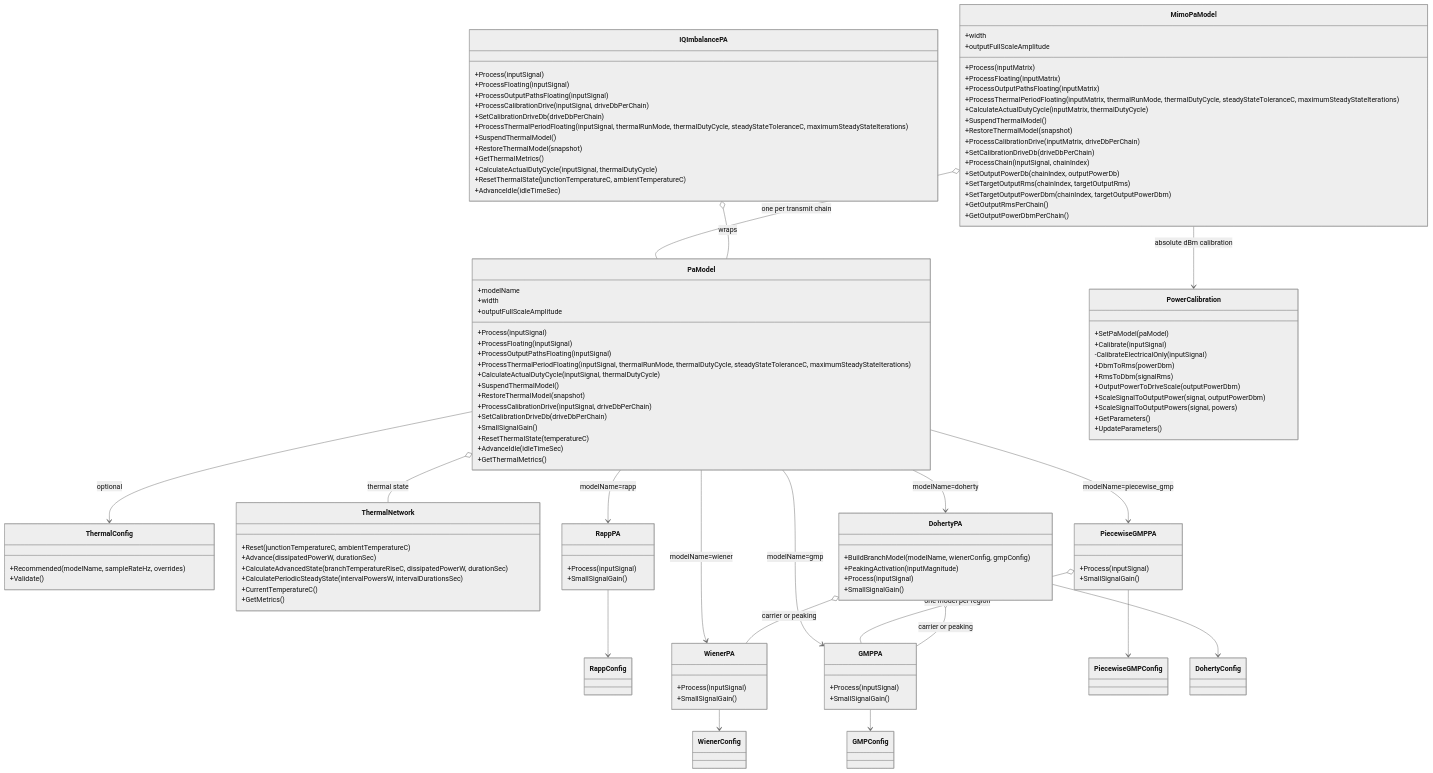
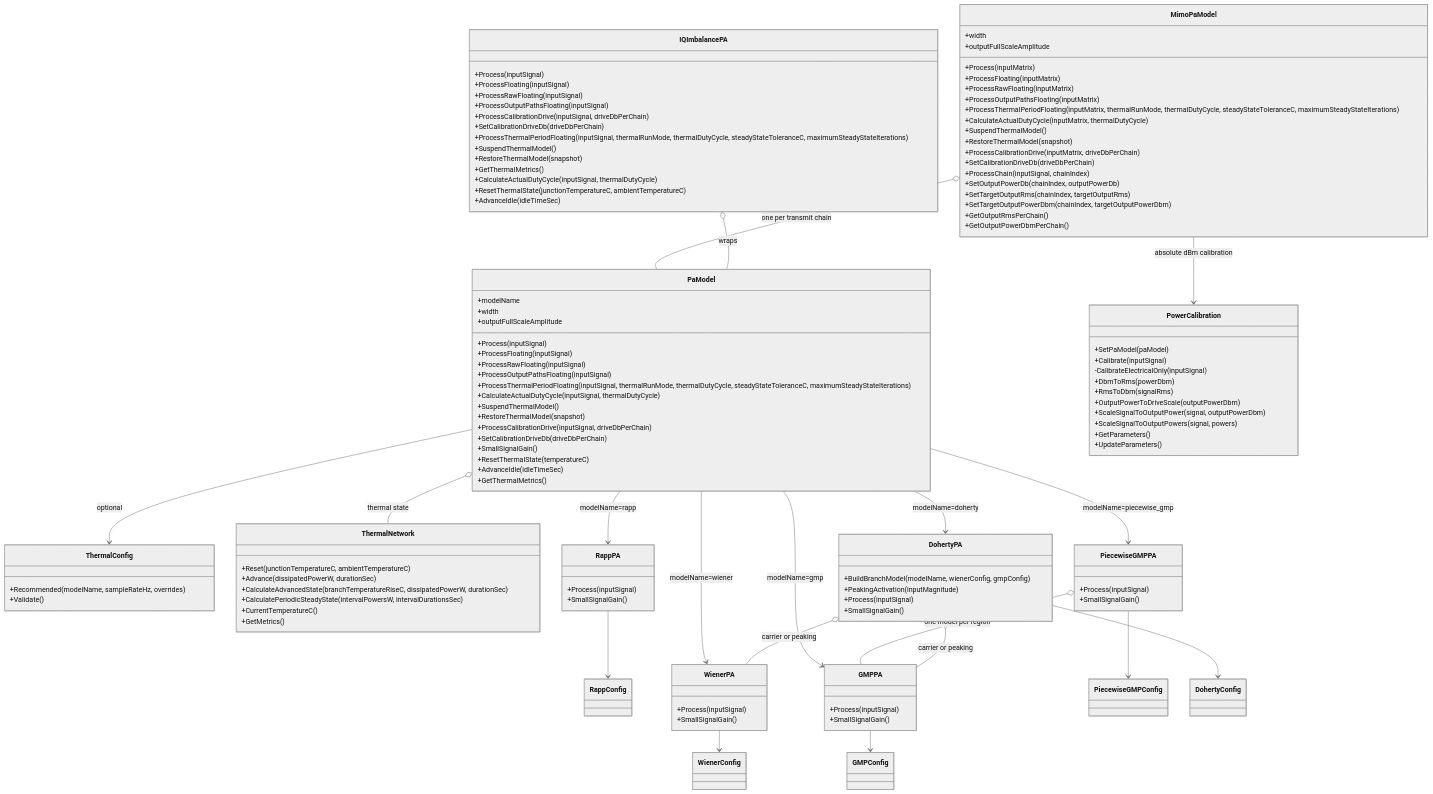
One commit to niyilu45/DPD_ILC changed the seventh of 10 diagrams in doc/PaModel.md. Above: the diagram before and after it, drawn with Mermaid (neutral theme). The commit also changed other lines of this file and 20 other files, not shown here.

```diff
--- a/doc/PaModel.md
+++ b/doc/PaModel.md
@@ -1789,6 +1790,7 @@
         +outputFullScaleAmplitude
         +Process(inputSignal)
         +ProcessFloating(inputSignal)
+        +ProcessRawFloating(inputSignal)
         +ProcessOutputPathsFloating(inputSignal)
         +ProcessThermalPeriodFloating(inputSignal, thermalRunMode, thermalDutyCycle, steadyStateToleranceC, maximumSteadyStateIterations)
         +CalculateActualDutyCycle(inputSignal, thermalDutyCycle)
@@ -1855,6 +1857,7 @@
     class IQImbalancePA {
         +Process(inputSignal)
         +ProcessFloating(inputSignal)
+        +ProcessRawFloating(inputSignal)
         +ProcessOutputPathsFloating(inputSignal)
         +ProcessCalibrationDrive(inputSignal, driveDbPerChain)
         +SetCalibrationDriveDb(driveDbPerChain)
@@ -1871,6 +1874,7 @@
         +outputFullScaleAmplitude
         +Process(inputMatrix)
         +ProcessFloating(inputMatrix)
+        +ProcessRawFloating(inputMatrix)
         +ProcessOutputPathsFloating(inputMatrix)
         +ProcessThermalPeriodFloating(inputMatrix, thermalRunMode, thermalDutyCycle, steadyStateToleranceC, maximumSteadyStateIterations)
         +CalculateActualDutyCycle(inputMatrix, thermalDutyCycle)
```
